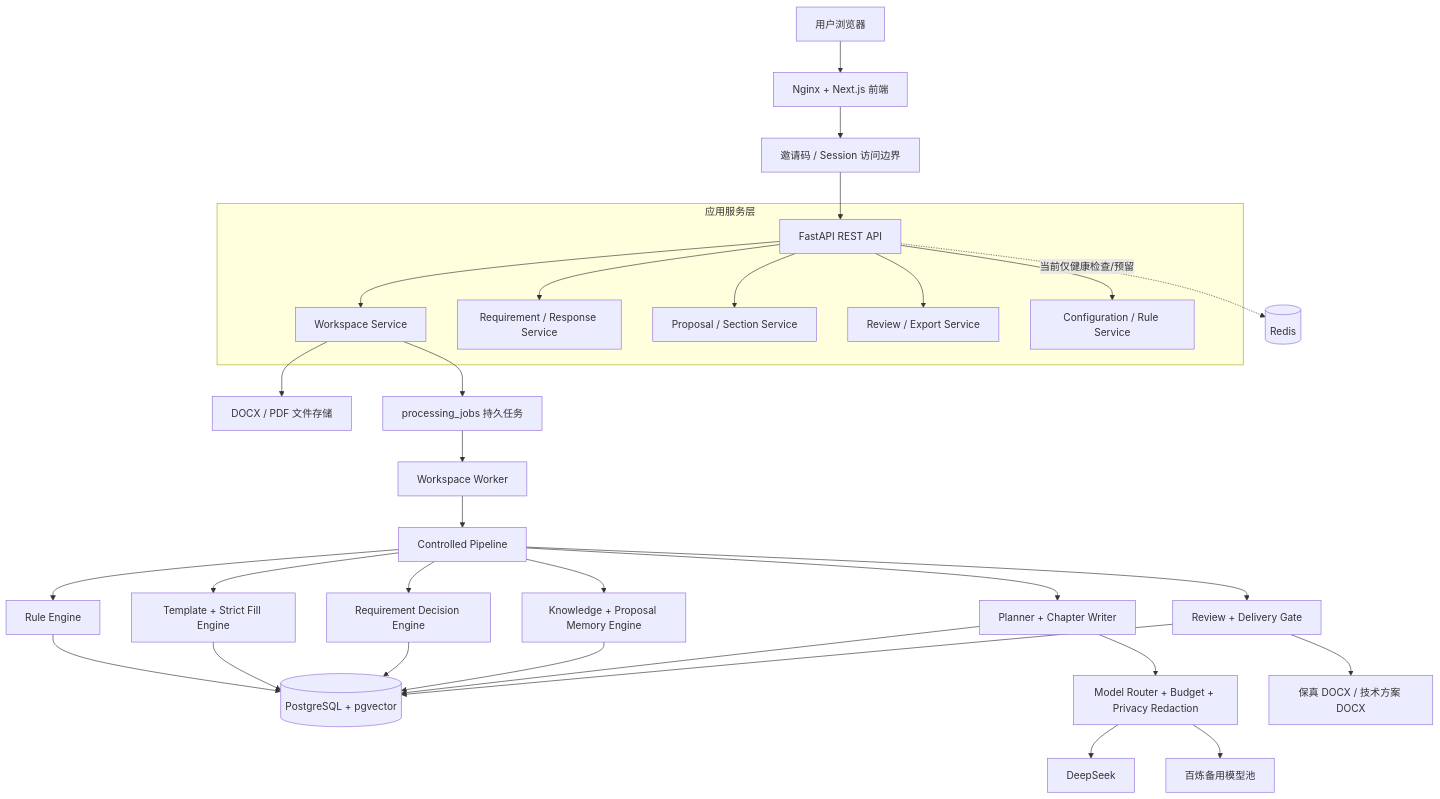
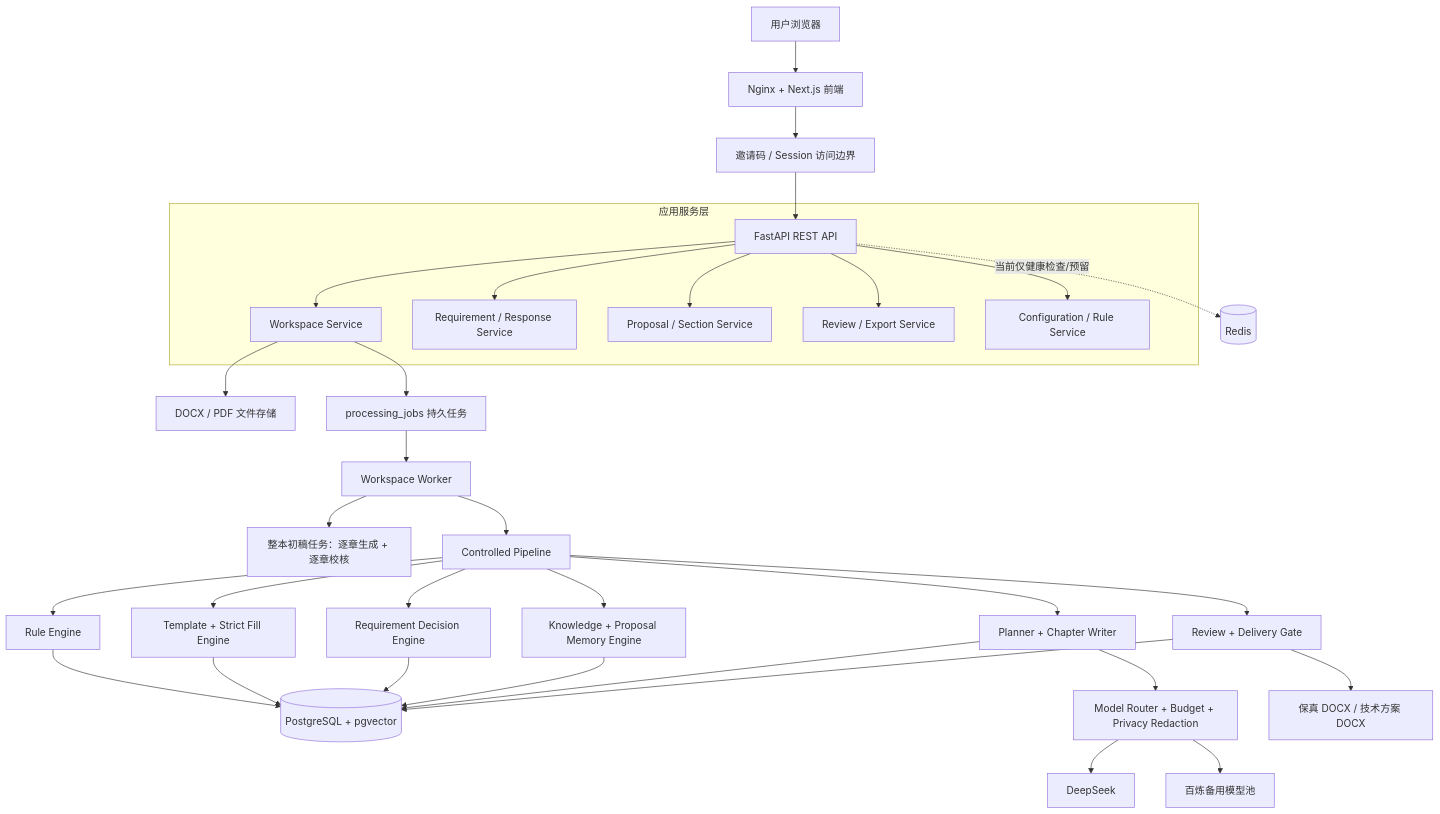
The first of 8 diagrams in docs/CURRENT_SYSTEM_ARCHITECTURE.md (angela19990616-alt/bid-agent), drawn with Mermaid before and after one commit. The commit also changed other lines of this file and 17 other files, not shown here.

````diff
--- a/docs/CURRENT_SYSTEM_ARCHITECTURE.md
+++ b/docs/CURRENT_SYSTEM_ARCHITECTURE.md
@@ -28,41 +28,42 @@
 ```mermaid
 flowchart TB
     U["用户浏览器"] --> N["Nginx + Next.js 前端"]
     N --> A["邀请码 / Session 访问边界"]
     A --> API["FastAPI REST API"]
 
     subgraph APP["应用服务层"]
         API --> WS["Workspace Service"]
         API --> RS["Requirement / Response Service"]
         API --> PS["Proposal / Section Service"]
         API --> ES["Review / Export Service"]
         API --> CS["Configuration / Rule Service"]
     end
 
     WS --> FS["DOCX / PDF 文件存储"]
     WS --> JOB["processing_jobs 持久任务"]
     JOB --> WK["Workspace Worker"]
+    WK --> DRAFT["整本初稿任务：逐章生成 + 逐章校核"]
     WK --> PIPE["Controlled Pipeline"]
 
     PIPE --> RULE["Rule Engine"]
     PIPE --> TMPL["Template + Strict Fill Engine"]
     PIPE --> REQ["Requirement Decision Engine"]
     PIPE --> KNOW["Knowledge + Proposal Memory Engine"]
     PIPE --> WRITE["Planner + Chapter Writer"]
     PIPE --> REVIEW["Review + Delivery Gate"]
 
     RULE --> PG[("PostgreSQL + pgvector")]
     TMPL --> PG
     REQ --> PG
     KNOW --> PG
     WRITE --> PG
     REVIEW --> PG
 
     WRITE --> ROUTER["Model Router + Budget + Privacy Redaction"]
     ROUTER --> DS["DeepSeek"]
     ROUTER --> BL["百炼备用模型池"]
 
     REVIEW --> OUT["保真 DOCX / 技术方案 DOCX"]
     REDIS[("Redis")]
     API -. "当前仅健康检查/预留" .-> REDIS
 ```
````
